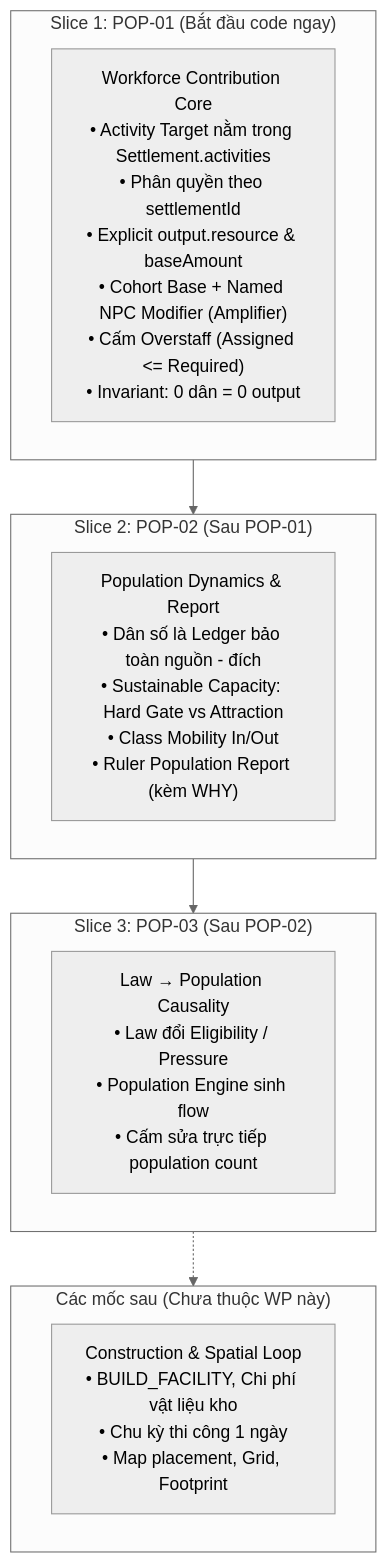
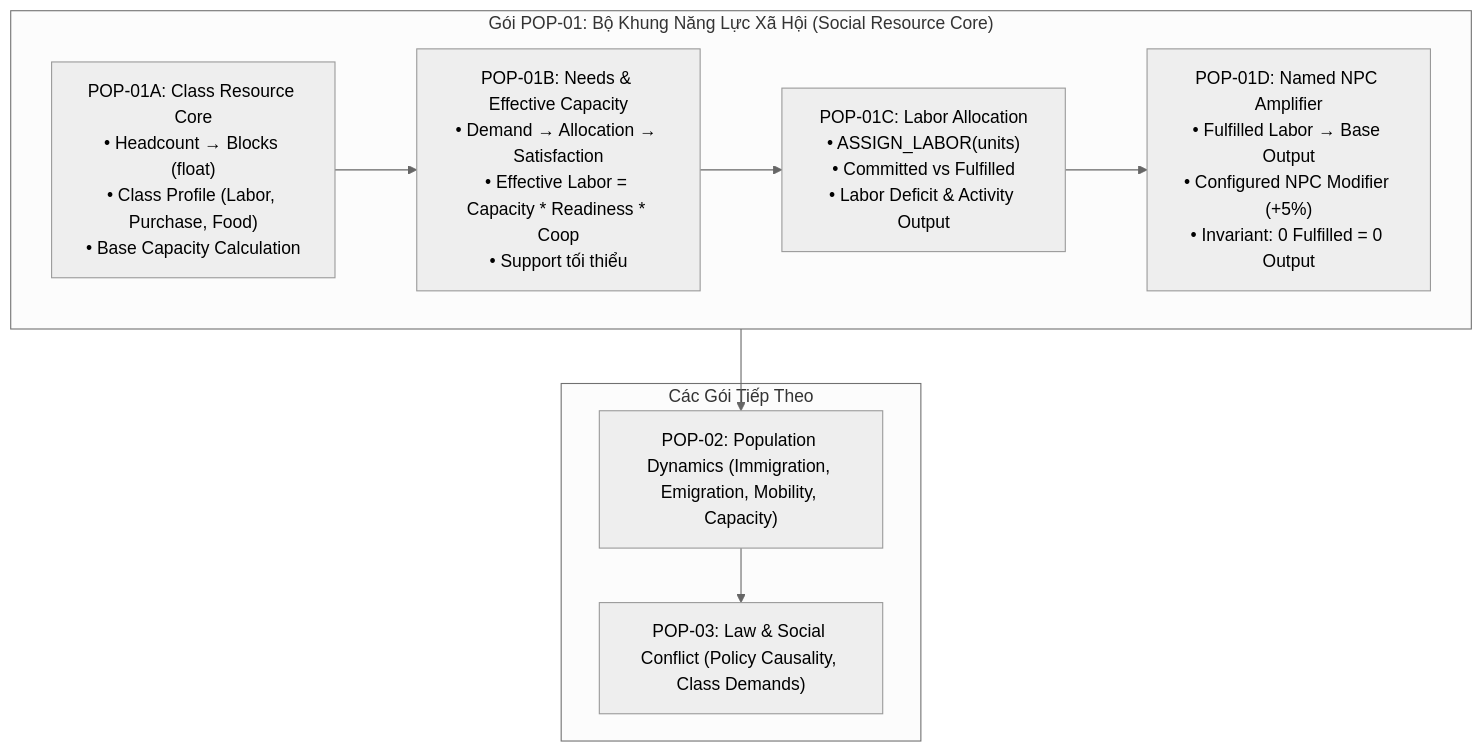
One commit to tanntran2000/Build-Settlement changed the diagram in docs/work_packages/WP-HAVEN-02_Unified_v1.0.md. Above: the diagram before and after it, drawn with Mermaid (neutral theme). The commit also changed other lines of this file, not shown here.

Commit message:
docs(wp): update WP-HAVEN-02 to v1.3 - Population & Social Resource Core Architecture Outline

````diff
--- a/docs/work_packages/WP-HAVEN-02_Unified_v1.0.md
+++ b/docs/work_packages/WP-HAVEN-02_Unified_v1.0.md
@@ -58,20 +300,17 @@
 ```mermaid
 flowchart TD
-    subgraph Slice1 ["Slice 1: POP-01 (Bắt đầu code ngay)"]
-        P1["Workforce Contribution Core<br>• Activity Target nằm trong Settlement.activities<br>• Phân quyền theo settlementId<br>• Explicit output.resource & baseAmount<br>• Cohort Base + Named NPC Modifier (Amplifier)<br>• Cấm Overstaff (Assigned <= Required)<br>• Invariant: 0 dân = 0 output"]
+    subgraph POP01 ["Gói POP-01: Bộ Khung Năng Lực Xã Hội (Social Resource Core)"]
+        A["POP-01A: Class Resource Core<br>• Headcount → Blocks (float)<br>• Class Profile (Labor, Purchase, Food)<br>• Base Capacity Calculation"]
+        B["POP-01B: Needs & Effective Capacity<br>• Demand → Allocation → Satisfaction<br>• Effective Labor = Capacity * Readiness * Coop<br>• Support tối thiểu"]
+        C["POP-01C: Labor Allocation<br>• ASSIGN_LABOR(units)<br>• Committed vs Fulfilled<br>• Labor Deficit & Activity Output"]
+        D["POP-01D: Named NPC Amplifier<br>• Fulfilled Labor → Base Output<br>• Configured NPC Modifier (+5%)<br>• Invariant: 0 Fulfilled = 0 Output"]
+        A --> B --> C --> D
     end
 
-    subgraph Slice2 ["Slice 2: POP-02 (Sau POP-01)"]
-        P2["Population Dynamics & Report<br>• Dân số là Ledger bảo toàn nguồn - đích<br>• Sustainable Capacity: Hard Gate vs Attraction<br>• Class Mobility In/Out<br>• Ruler Population Report (kèm WHY)"]
+    subgraph FutureSlices ["Các Gói Tiếp Theo"]
+        P2["POP-02: Population Dynamics (Immigration, Emigration, Mobility, Capacity)"]
+        P3["POP-03: Law & Social Conflict (Policy Causality, Class Demands)"]
     end
 
-    subgraph Slice3 ["Slice 3: POP-03 (Sau POP-02)"]
-        P3["Law → Population Causality<br>• Law đổi Eligibility / Pressure<br>• Population Engine sinh flow<br>• Cấm sửa trực tiếp population count"]
-    end
-
-    subgraph Later ["Các mốc sau (Chưa thuộc WP này)"]
-        Spatial["Construction & Spatial Loop<br>• BUILD_FACILITY, Chi phí vật liệu kho<br>• Chu kỳ thi công 1 ngày<br>• Map placement, Grid, Footprint"]
-    end
-
-    Slice1 --> Slice2 --> Slice3 -.-> Later
+    POP01 --> P2 --> P3
 ```
````
